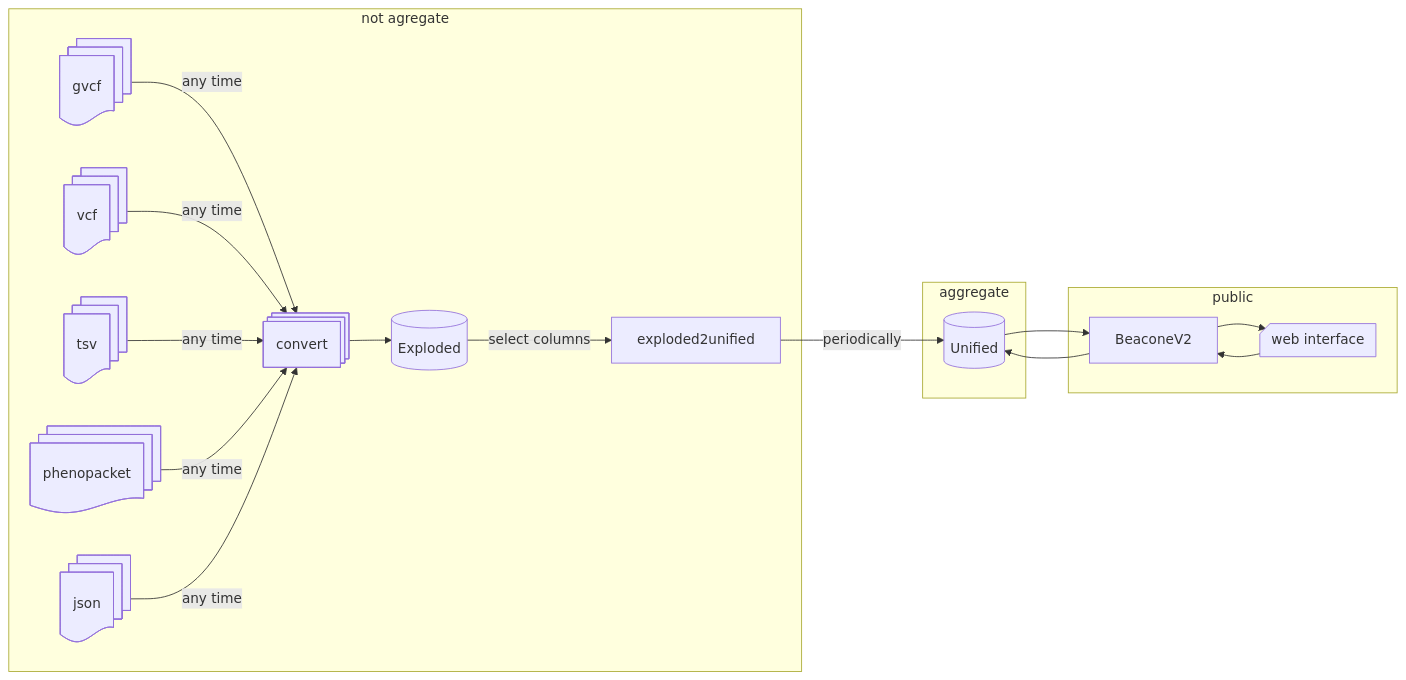
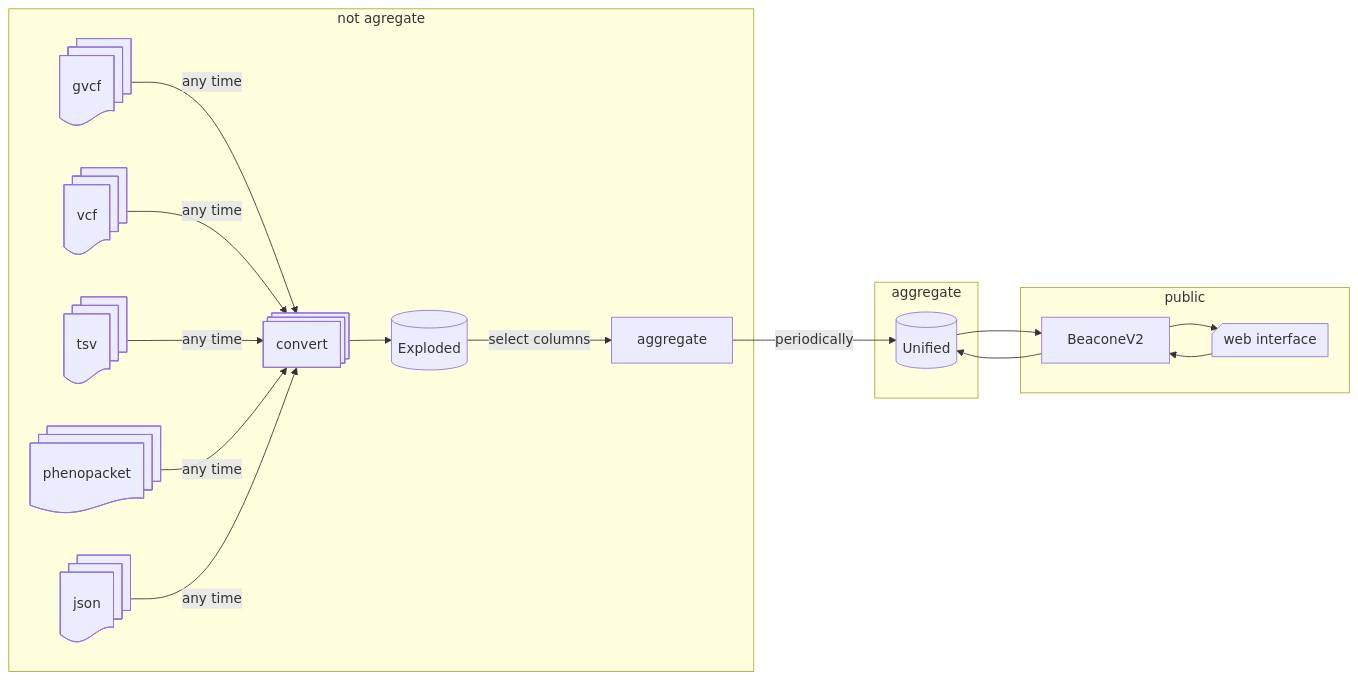
One commit to GenomeCAD/vkb changed the first of 2 diagrams in Readme.md. Above: the diagram before and after it, drawn with Mermaid. The commit also changed other lines of this file and 3 other files, not shown here.

Commit message:
fix: rename exploded2unified in aggregate

````diff
--- a/Readme.md
+++ b/Readme.md
@@ -9,41 +9,41 @@
 ```mermaid
 flowchart LR
     subgraph not agregate
         Exploded@{shape: cyl, label: "Exploded"}
         gvcf@{shape: docs, label: "gvcf"}
         vcf@{shape: docs, label: "vcf"}
         tsv@{shape: docs, label: "tsv"}
         phenopacket@{shape: docs, label: "phenopacket"}
         json@{shape: docs, label: "json"}
 
         vkb_convert@{shape: st-rect, label: "convert"}
-        vkb_exploded2unified@{shape: rect, label: "exploded2unified"}
+        vkb_aggregate@{shape: rect, label: "aggregate"}
     end
 
     subgraph aggregate
         Unified@{shape: cyl, label: "Unified"}
     end
 
     subgraph public
         BeaconeV2[BeaconeV2]
         web@{shape: notch-rect, label: "web interface"}
     end
 
     gvcf -->|any time| vkb_convert
     vcf -->|any time| vkb_convert
     tsv -->|any time| vkb_convert
     phenopacket -->|any time| vkb_convert
     json -->|any time| vkb_convert
 
     vkb_convert --> Exploded
 
-    Exploded -->|select columns| vkb_exploded2unified
+    Exploded -->|select columns| vkb_aggregate
 
-    vkb_exploded2unified -->|periodically| Unified
+    vkb_aggregate -->|periodically| Unified
 
     Unified --> BeaconeV2
     BeaconeV2 --> Unified
 
     BeaconeV2 --> web
     web --> BeaconeV2
 ```
````
